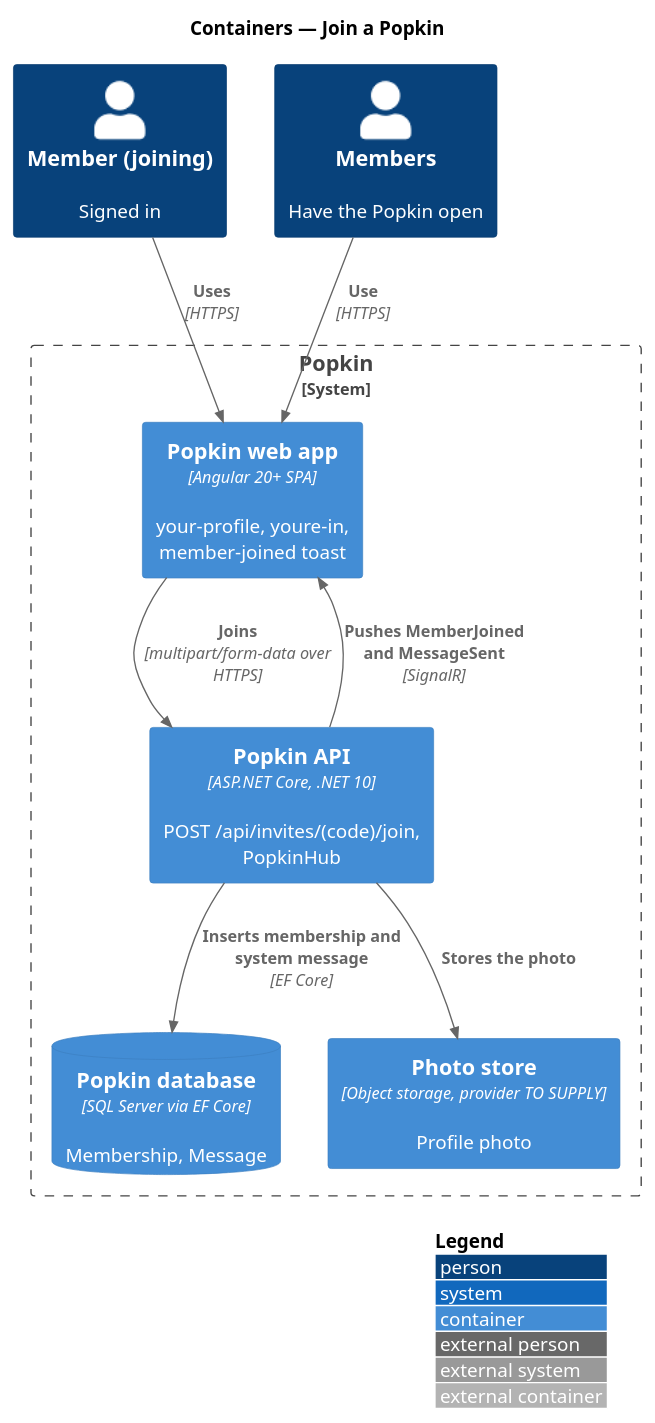
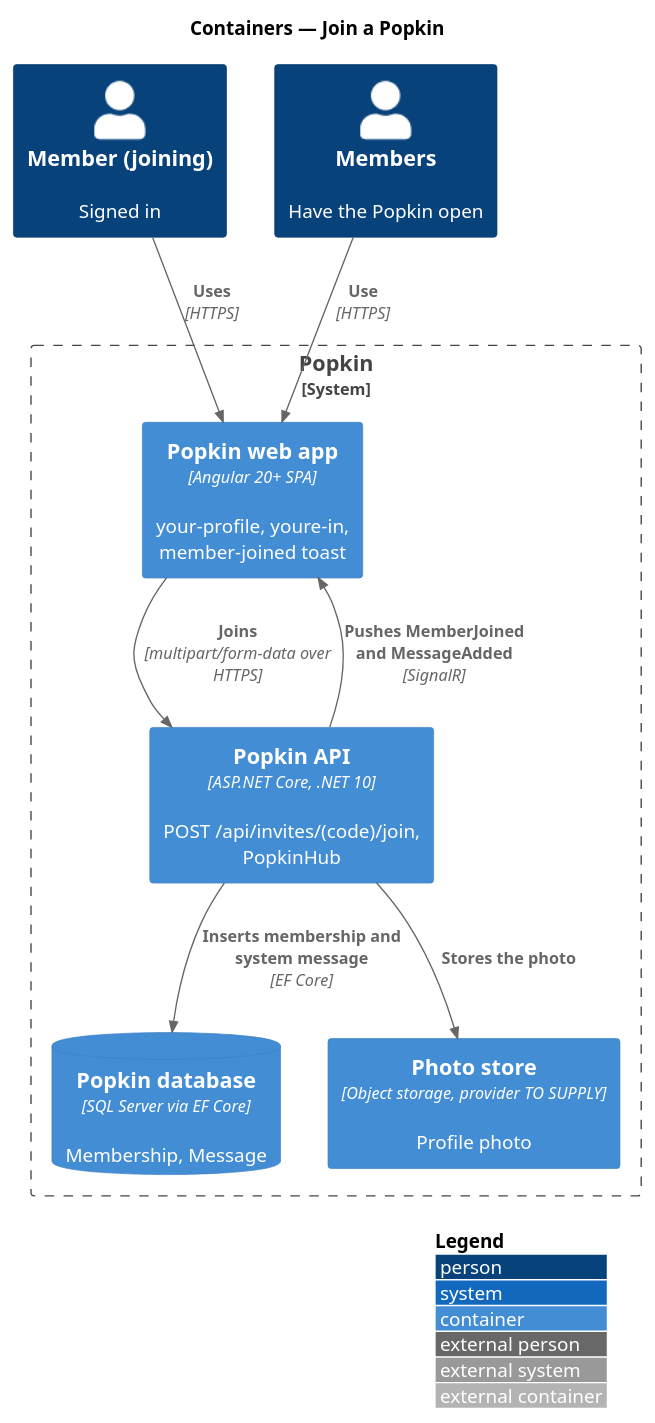
Before and after one commit to QuinntyneBrown/popkin: the diagram in docs/detailed-designs/invitations/join-popkin/diagrams/c4-container.puml, drawn with PlantUML. The commit also changed 54 other files, not shown here.

```diff
--- a/docs/detailed-designs/invitations/join-popkin/diagrams/c4-container.puml
+++ b/docs/detailed-designs/invitations/join-popkin/diagrams/c4-container.puml
@@ -1,20 +1,20 @@
 @startuml
 !include <C4/C4_Container>
 LAYOUT_WITH_LEGEND()
 title Containers — Join a Popkin
 
 Person(joiner, "Member (joining)", "Signed in")
 Person(others, "Members", "Have the Popkin open")
 System_Boundary(popkin, "Popkin") {
   Container(spa, "Popkin web app", "Angular 20+ SPA", "your-profile, youre-in, member-joined toast")
   Container(api, "Popkin API", "ASP.NET Core, .NET 10", "POST /api/invites/(code)/join, PopkinHub")
   ContainerDb(db, "Popkin database", "SQL Server via EF Core", "Membership, Message")
   Container(store, "Photo store", "Object storage, provider TO SUPPLY", "Profile photo")
 }
 Rel(joiner, spa, "Uses", "HTTPS")
 Rel(others, spa, "Use", "HTTPS")
 Rel(spa, api, "Joins", "multipart/form-data over HTTPS")
 Rel(api, store, "Stores the photo")
 Rel(api, db, "Inserts membership and system message", "EF Core")
-Rel(api, spa, "Pushes MemberJoined and MessageSent", "SignalR")
+Rel(api, spa, "Pushes MemberJoined and MessageAdded", "SignalR")
 @enduml
```
